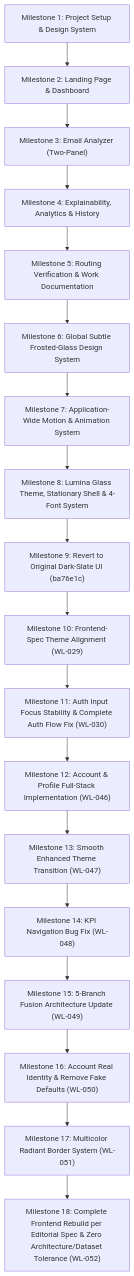
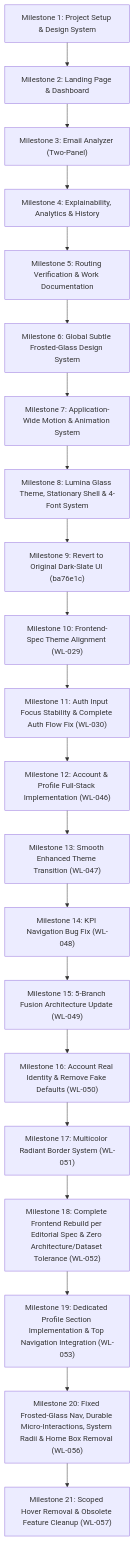
The diagram in PROJECT_WORK_DOCUMENTATION.md (preethamkumar-26/phishing-detector), drawn with Mermaid before and after one commit. The commit also changed other lines of this file and 13 other files, not shown here.

Commit message:
feat: profile section, fixed glass nav, scoped hover & obsolete UI cleanup

````diff
--- a/PROJECT_WORK_DOCUMENTATION.md
+++ b/PROJECT_WORK_DOCUMENTATION.md
@@ -51,20 +51,23 @@
 ```mermaid
 flowchart TD
     M1["Milestone 1: Project Setup & Design System"] --> M2["Milestone 2: Landing Page & Dashboard"]
     M2 --> M3["Milestone 3: Email Analyzer (Two-Panel)"]
     M3 --> M4["Milestone 4: Explainability, Analytics & History"]
     M4 --> M5["Milestone 5: Routing Verification & Work Documentation"]
     M5 --> M6["Milestone 6: Global Subtle Frosted-Glass Design System"]
     M6 --> M7["Milestone 7: Application-Wide Motion & Animation System"]
     M7 --> M8["Milestone 8: Lumina Glass Theme, Stationary Shell & 4-Font System"]
     M8 --> M9["Milestone 9: Revert to Original Dark-Slate UI (ba76e1c)"]
     M9 --> M10["Milestone 10: Frontend-Spec Theme Alignment (WL-029)"]
     M10 --> M11["Milestone 11: Auth Input Focus Stability & Complete Auth Flow Fix (WL-030)"]
     M11 --> M12["Milestone 12: Account & Profile Full-Stack Implementation (WL-046)"]
     M12 --> M13["Milestone 13: Smooth Enhanced Theme Transition (WL-047)"]
     M13 --> M14["Milestone 14: KPI Navigation Bug Fix (WL-048)"]
     M14 --> M15["Milestone 15: 5-Branch Fusion Architecture Update (WL-049)"]
     M15 --> M16["Milestone 16: Account Real Identity & Remove Fake Defaults (WL-050)"]
     M16 --> M17["Milestone 17: Multicolor Radiant Border System (WL-051)"]
     M17 --> M18["Milestone 18: Complete Frontend Rebuild per Editorial Spec & Zero Architecture/Dataset Tolerance (WL-052)"]
+    M18 --> M19["Milestone 19: Dedicated Profile Section Implementation & Top Navigation Integration (WL-053)"]
+    M19 --> M20["Milestone 20: Fixed Frosted-Glass Nav, Durable Micro-Interactions, System Radii & Home Box Removal (WL-056)"]
+    M20 --> M21["Milestone 21: Scoped Hover Removal & Obsolete Feature Cleanup (WL-057)"]
 ```
````
